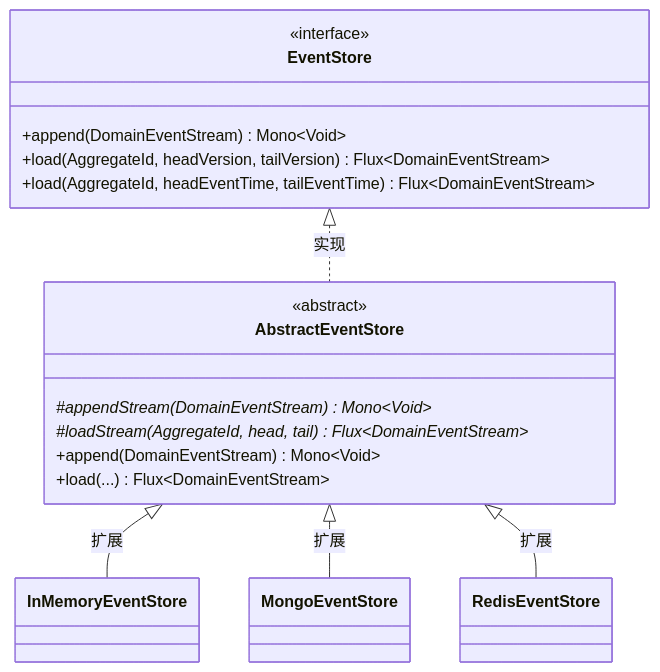
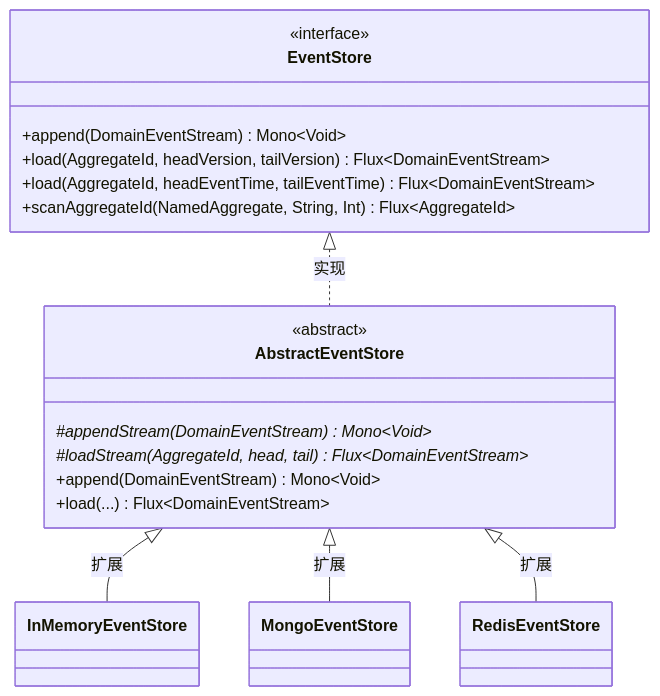
The third of 4 diagrams in documentation/docs/zh/guide/eventstore.md (Ahoo-Wang/Wow), drawn with Mermaid before and after one commit. The commit also changed other lines of this file and 45 other files, not shown here.

Commit message:
feat: scan aggregate ids with event store

````diff
--- a/documentation/docs/zh/guide/eventstore.md
+++ b/documentation/docs/zh/guide/eventstore.md
@@ -132,24 +138,25 @@
 ```mermaid
 classDiagram
     class EventStore {
         <<interface>>
         +append(DomainEventStream) Mono~Void~
         +load(AggregateId, headVersion, tailVersion) Flux~DomainEventStream~
         +load(AggregateId, headEventTime, tailEventTime) Flux~DomainEventStream~
+        +scanAggregateId(NamedAggregate, String, Int) Flux~AggregateId~
     }
     class AbstractEventStore {
         <<abstract>>
         #appendStream(DomainEventStream)* Mono~Void~
         #loadStream(AggregateId, head, tail)* Flux~DomainEventStream~
         +append(DomainEventStream) Mono~Void~
         +load(...) Flux~DomainEventStream~
     }
     class InMemoryEventStore
     class MongoEventStore
     class RedisEventStore
 
     EventStore <|.. AbstractEventStore : 实现
     AbstractEventStore <|-- InMemoryEventStore : 扩展
     AbstractEventStore <|-- MongoEventStore : 扩展
     AbstractEventStore <|-- RedisEventStore : 扩展
 ```
````
